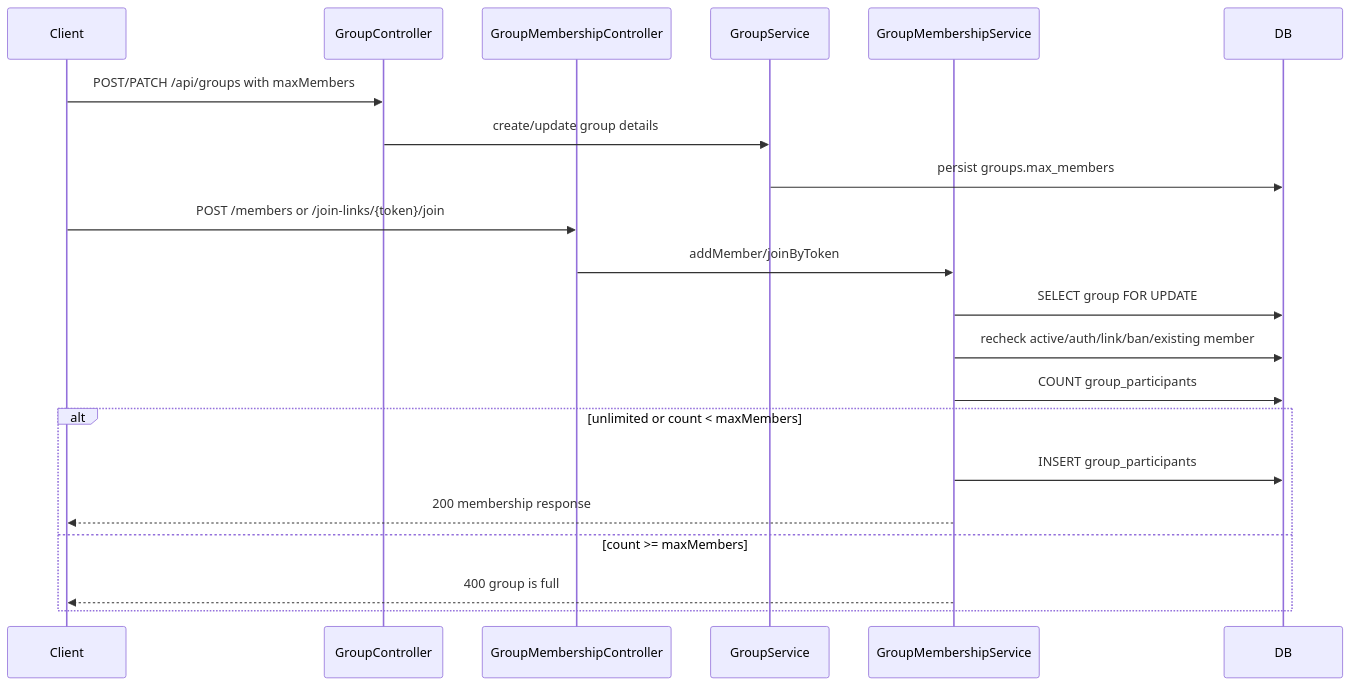
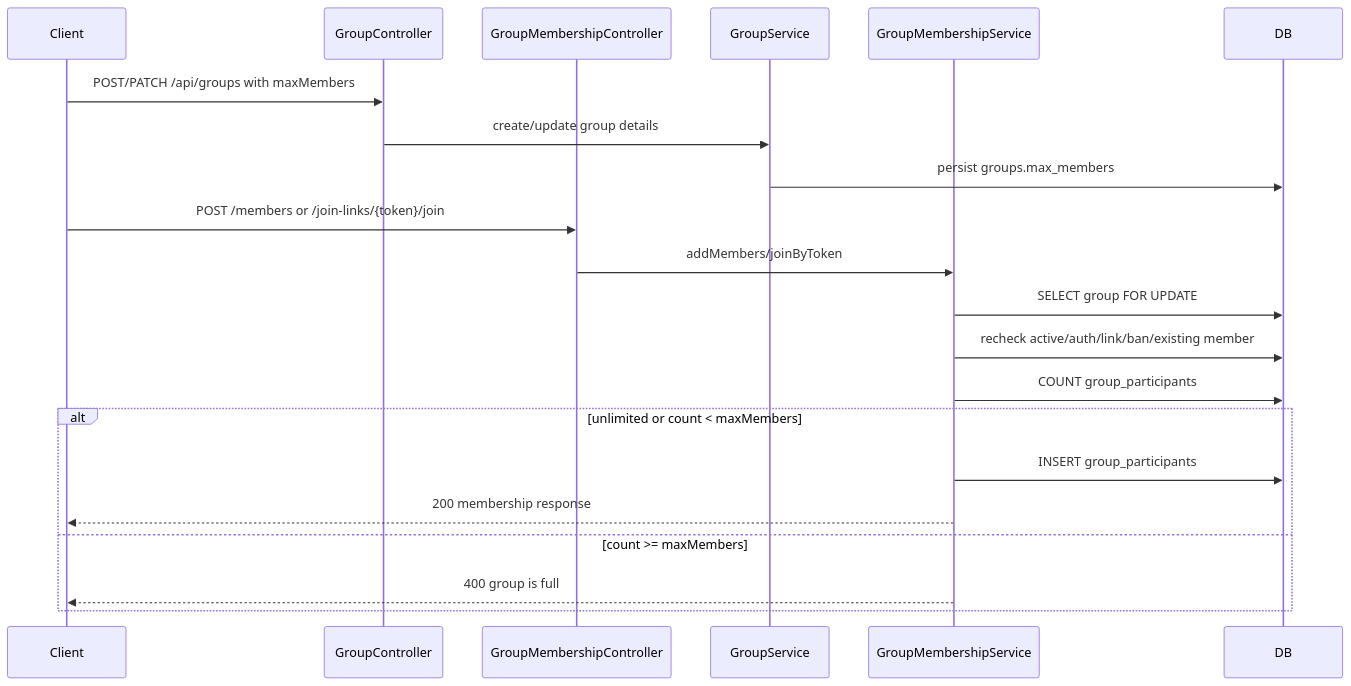
One commit to anhtuta/chat-app changed the diagram in docs/26_GROUP_MEMBER_LIMIT.md. Above: the diagram before and after it, drawn with Mermaid. The commit also changed other lines of this file and 8 other files, not shown here.

````diff
--- a/docs/26_GROUP_MEMBER_LIMIT.md
+++ b/docs/26_GROUP_MEMBER_LIMIT.md
@@ -110,25 +110,25 @@
 ```mermaid
 sequenceDiagram
     participant Client
     participant GroupController
     participant GroupMembershipController
     participant GroupService
     participant GroupMembershipService
     participant DB
 
     Client->>GroupController: POST/PATCH /api/groups with maxMembers
     GroupController->>GroupService: create/update group details
     GroupService->>DB: persist groups.max_members
 
     Client->>GroupMembershipController: POST /members or /join-links/{token}/join
-    GroupMembershipController->>GroupMembershipService: addMember/joinByToken
+    GroupMembershipController->>GroupMembershipService: addMembers/joinByToken
     GroupMembershipService->>DB: SELECT group FOR UPDATE
     GroupMembershipService->>DB: recheck active/auth/link/ban/existing member
     GroupMembershipService->>DB: COUNT group_participants
     alt unlimited or count < maxMembers
         GroupMembershipService->>DB: INSERT group_participants
         GroupMembershipService-->>Client: 200 membership response
     else count >= maxMembers
         GroupMembershipService-->>Client: 400 group is full
     end
 ```
````
